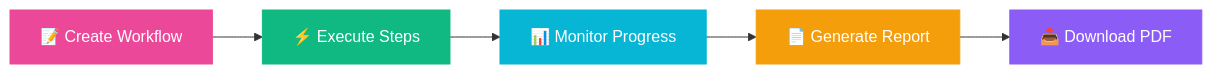
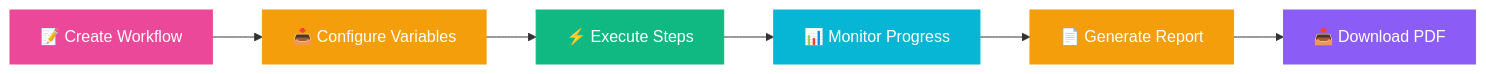
One commit to zakirkun/lang-flow changed the second of 2 diagrams in README.md. Above: the diagram before and after it, drawn with Mermaid. The commit also changed other lines of this file and 25 other files, not shown here.

````diff
--- a/README.md
+++ b/README.md
@@ -145,13 +155,15 @@
 ```mermaid
 flowchart LR
-    A[📝 Create Workflow] --> B[⚡ Execute Steps]
-    B --> C[📊 Monitor Progress]
-    C --> D[📄 Generate Report]
-    D --> E[📥 Download PDF]
+    A[📝 Create Workflow] --> B[📥 Configure Variables]
+    B --> C[⚡ Execute Steps]
+    C --> D[📊 Monitor Progress]
+    D --> E[📄 Generate Report]
+    E --> F[📥 Download PDF]
     
     style A fill:#ec4899,stroke:#ec4899,color:#fff
-    style B fill:#10b981,stroke:#10b981,color:#fff
-    style C fill:#06b6d4,stroke:#06b6d4,color:#fff
-    style D fill:#f59e0b,stroke:#f59e0b,color:#fff
-    style E fill:#8b5cf6,stroke:#8b5cf6,color:#fff
+    style B fill:#f59e0b,stroke:#f59e0b,color:#fff
+    style C fill:#10b981,stroke:#10b981,color:#fff
+    style D fill:#06b6d4,stroke:#06b6d4,color:#fff
+    style E fill:#f59e0b,stroke:#f59e0b,color:#fff
+    style F fill:#8b5cf6,stroke:#8b5cf6,color:#fff
 ```
````
